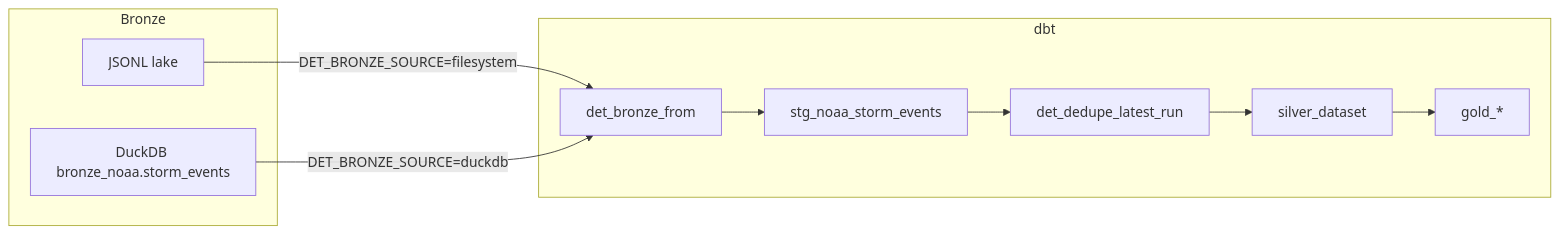
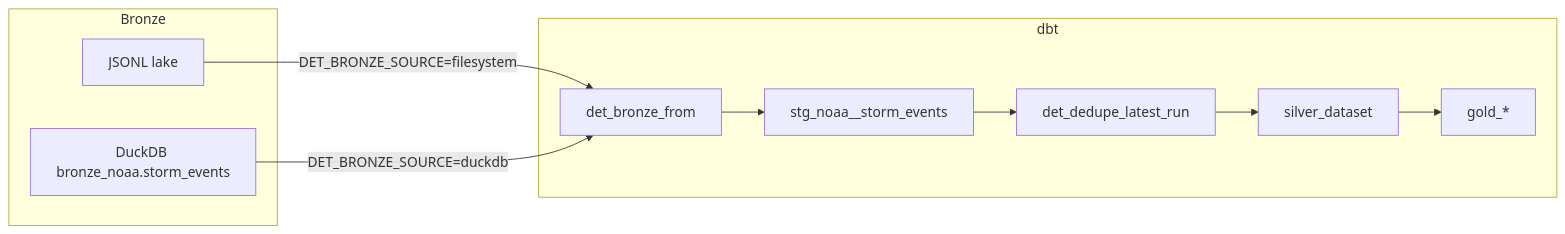
The seventh of 8 diagrams in README.md (codekid/det), drawn with Mermaid before and after one commit. The commit also changed other lines of this file and 15 other files, not shown here.

````diff
--- a/README.md
+++ b/README.md
@@ -462,17 +462,17 @@
 ```mermaid
 flowchart LR
   subgraph bronzeSide [Bronze]
     lakeJSONL[JSONL lake]
     duckTable[DuckDB bronze_noaa.storm_events]
   end
   subgraph dbtSide [dbt]
     macro[det_bronze_from]
-    stg[stg_noaa_storm_events]
+    stg[stg_noaa__storm_events]
     dedupe[det_dedupe_latest_run]
     silver[silver_dataset]
     gold[gold_*]
     macro --> stg --> dedupe --> silver --> gold
   end
   lakeJSONL -->|DET_BRONZE_SOURCE=filesystem| macro
   duckTable -->|DET_BRONZE_SOURCE=duckdb| macro
 ```
````
